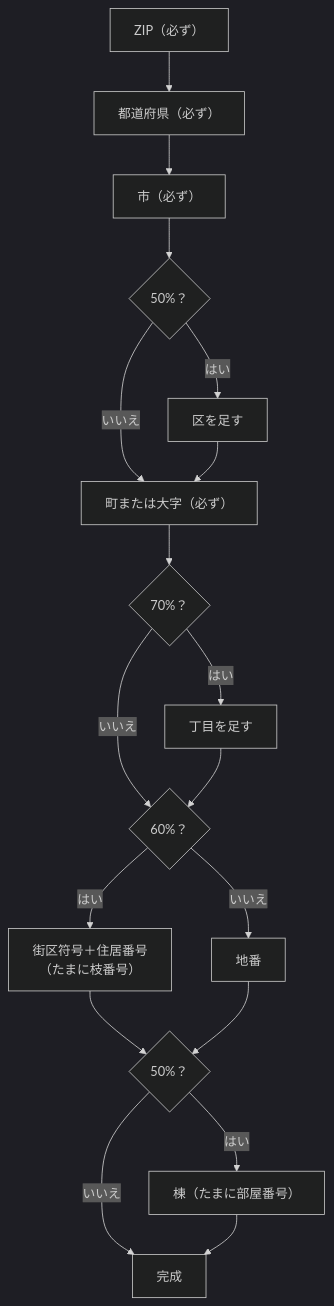
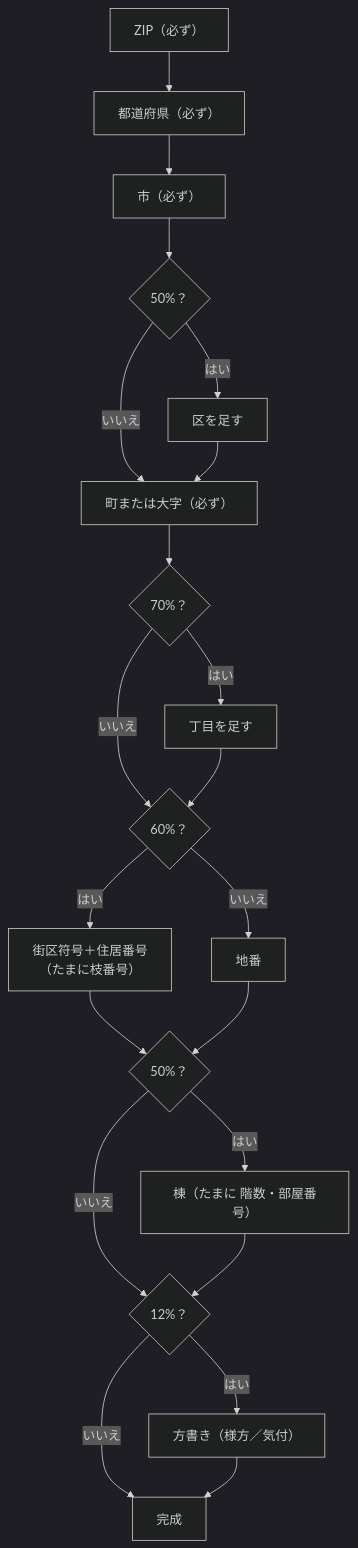
Before and after one commit to opaopa6969/kugiri: the fourth of 7 diagrams in docs/study/18-synth-data.md, drawn with Mermaid (dark theme). The commit also changed other lines of this file and 7 other files, not shown here.

````diff
--- a/docs/study/18-synth-data.md
+++ b/docs/study/18-synth-data.md
@@ -142,19 +148,22 @@
 ```mermaid
 flowchart TD
     Z["ZIP（必ず）"] --> P["都道府県（必ず）"] --> CI["市（必ず）"]
     CI --> W{"50%？"}
     W -->|はい| WA["区を足す"]
     W -->|いいえ| O
     WA --> O["町または大字（必ず）"]
     O --> CH{"70%？"}
     CH -->|はい| CHO["丁目を足す"]
     CH -->|いいえ| N
     CHO --> N{"60%？"}
     N -->|はい| NA["街区符号＋住居番号<br/>（たまに枝番号）"]
     N -->|いいえ| NB["地番"]
     NA --> B{"50%？"}
     NB --> B
-    B -->|はい| BL["棟（たまに部屋番号）"]
-    B -->|いいえ| EN["完成"]
+    B -->|はい| BL["棟（たまに 階数・部屋番号）"]
+    B -->|いいえ| EN{"12%？"}
     BL --> EN
+    EN -->|はい| HH["方書き（様方／気付）"]
+    EN -->|いいえ| FIN["完成"]
+    HH --> FIN
 ```
````
